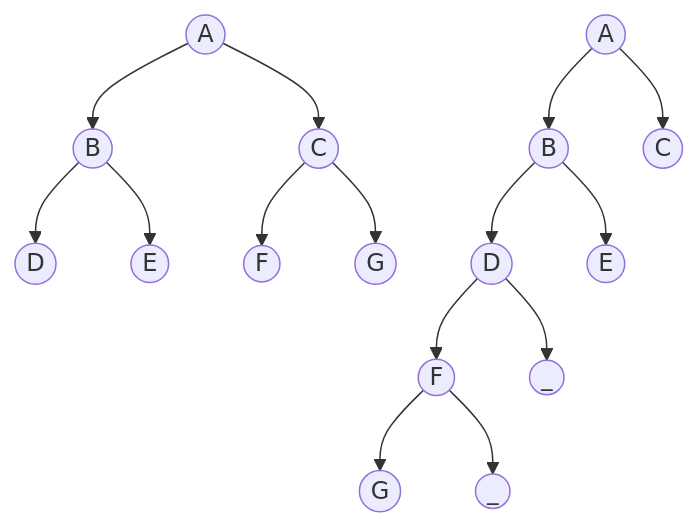
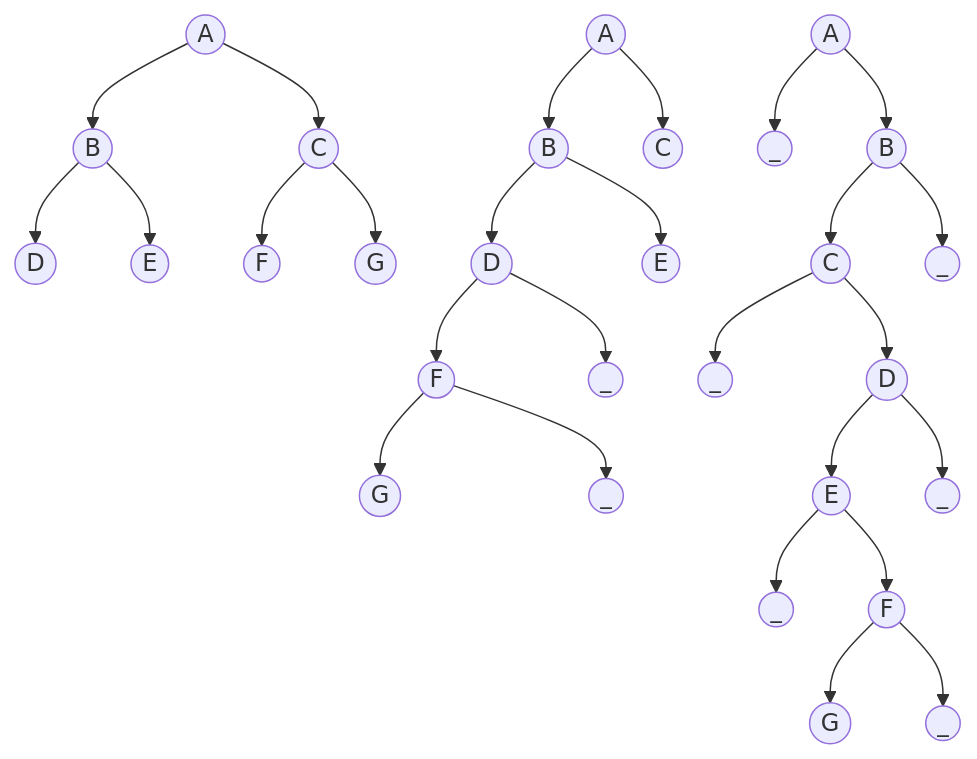
One commit to jayshozie/ceng301 changed diagram 14 of 14 in lecture-notes/w07.md. Above: the diagram before and after it, drawn with Mermaid.

Commit message:
nrt, mermaid

````diff
--- a/lecture-notes/w07.md
+++ b/lecture-notes/w07.md
@@ -899,20 +899,33 @@
 ```mermaid
 graph TB
 
 1a((A)) --> 1b((B))
 1b --> 1d((D))
 1b --> 1e((E))
 
 1a --> 1c((C))
 1c --> 1f((F))
 1c --> 1g((G))
 
 2a((A)) --> 2b((B))
 2b --> 2d((D))
 2d --> 2f((F))
 2d --> 2z1((_))
 2f --> 2g((G))
 2f --> 2z2((_))
 2b --> 2e((E))
 2a --> 2c((C))
+
+3a((A)) --> 3z1((_))
+3a --> 3b((B))
+3b --> 3c((C))
+3c --> 3z3((_))
+3c --> 3d((D))
+3d --> 3e((E))
+3e --> 3z5((_))
+3e --> 3f((F))
+3f --> 3g((G))
+3f --> 3z6((_))
+3d --> 3z4((_))
+3b --> 3z2((_))
 ```
````
